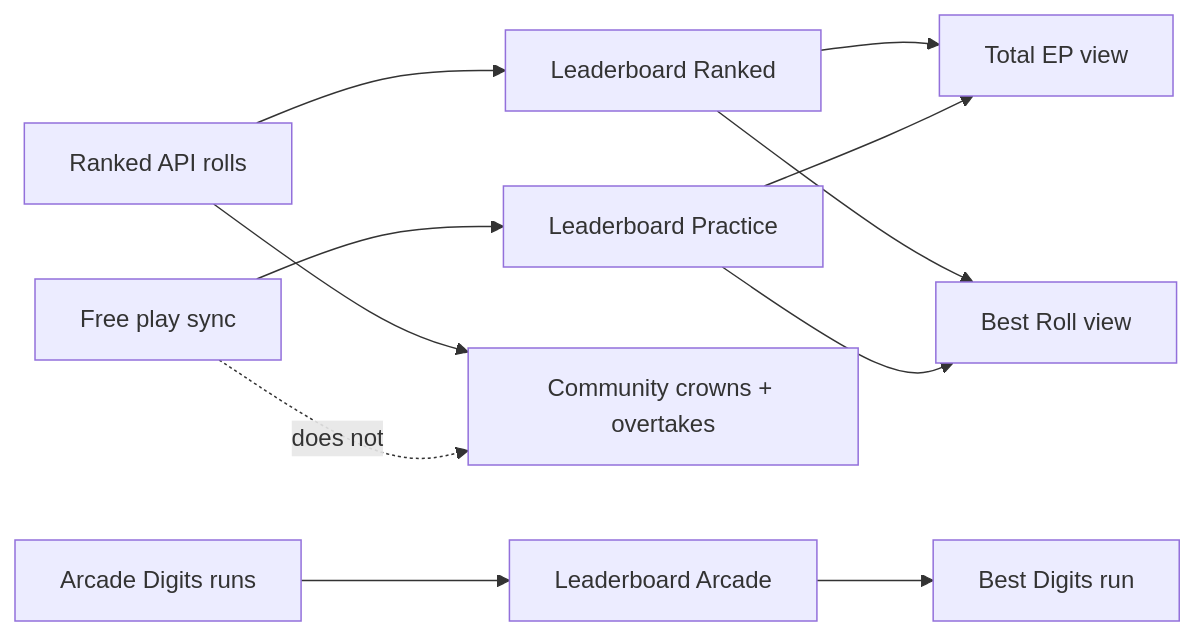
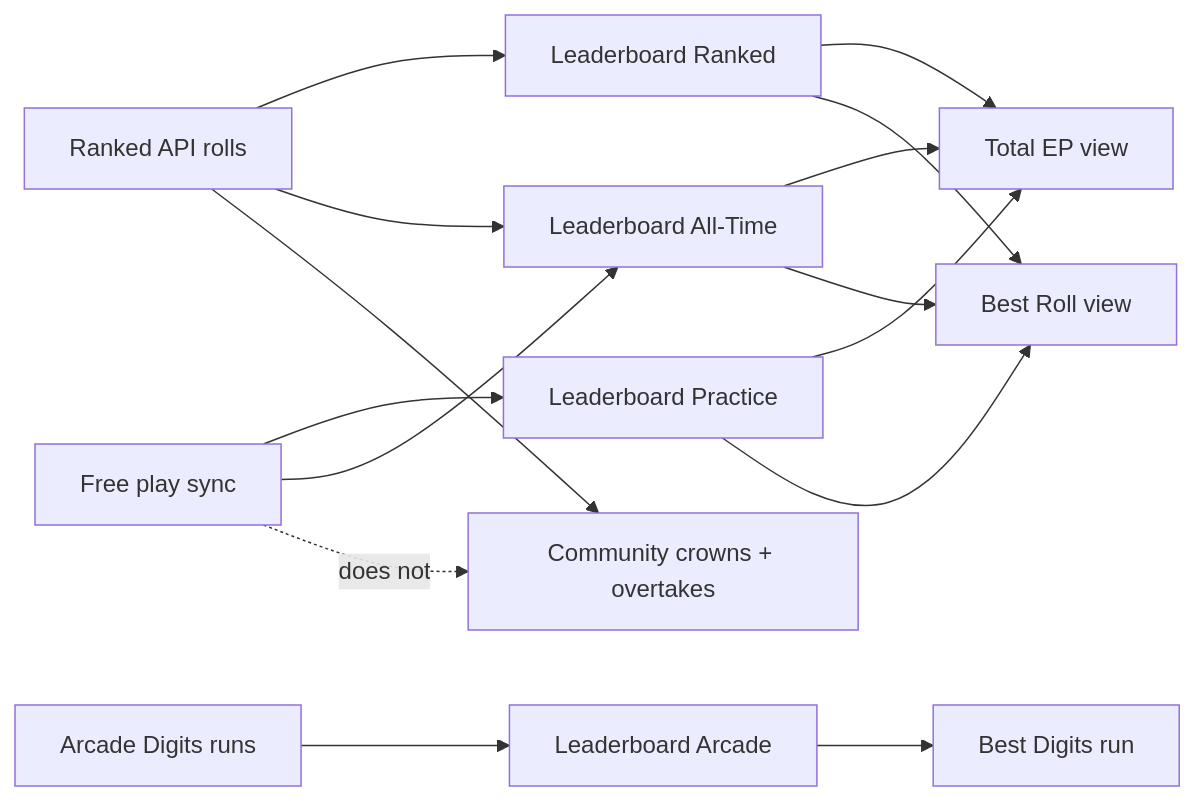
One commit to jondmarien/rngdle-unlocked changed the fifth of 7 diagrams in docs/ARCHITECTURE.md. Above: the diagram before and after it, drawn with Mermaid. The commit also changed other lines of this file and 3 other files, not shown here.

First line of the commit message:
Docs: version-map Status & roadmap and sync architecture notes. (#24)

````diff
--- a/docs/ARCHITECTURE.md
+++ b/docs/ARCHITECTURE.md
@@ -189,13 +192,17 @@
 ```mermaid
 flowchart LR
   Free[Free play sync] --> Practice[Leaderboard Practice]
+  Free --> AllTime[Leaderboard All-Time]
   Ranked[Ranked API rolls] --> RankedBoard[Leaderboard Ranked]
+  Ranked --> AllTime
   Ranked --> Crowns[Community crowns + overtakes]
   Free -.->|does not| Crowns
   RankedBoard --> TotalEP[Total EP view]
   RankedBoard --> BestRoll[Best Roll view]
   Practice --> TotalEP
   Practice --> BestRoll
+  AllTime --> TotalEP
+  AllTime --> BestRoll
   ArcadeRuns[Arcade Digits runs] --> ArcadeBoard[Leaderboard Arcade]
   ArcadeBoard --> BestDigits[Best Digits run]
 ```
````
